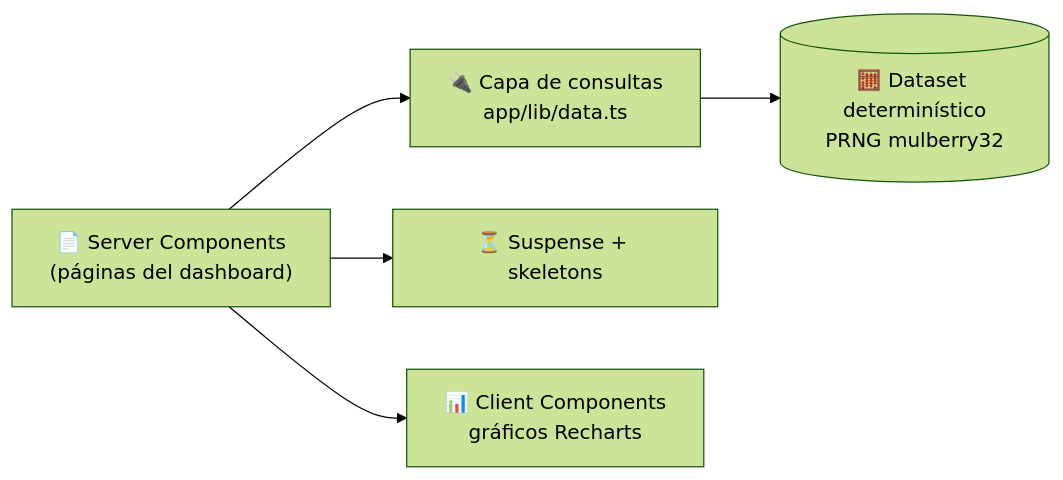
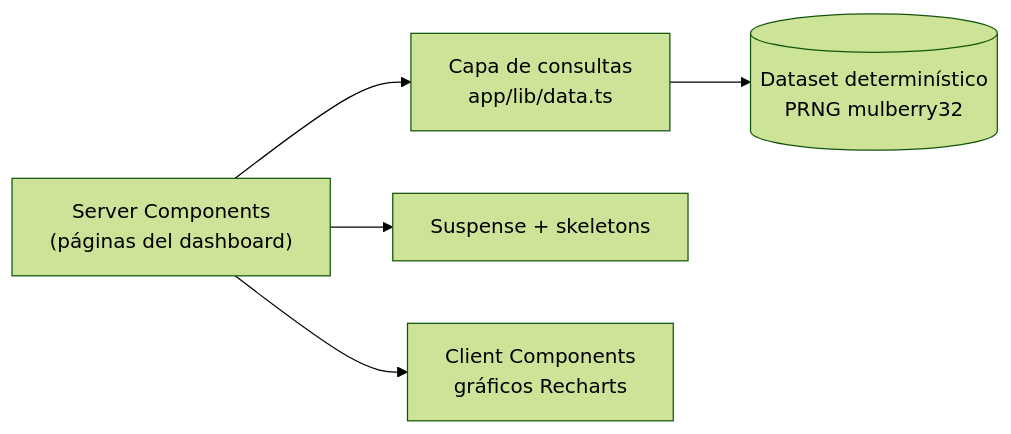
Before and after one commit to danielyatacoblas/dashboard-next: the diagram in README.md, drawn with Mermaid (forest theme). The commit also changed other lines of this file, not shown here.

````diff
--- a/README.md
+++ b/README.md
@@ -42,7 +42,7 @@
 ```mermaid
 flowchart LR
-    P["📄 Server Components<br/>(páginas del dashboard)"] --> Q["🔌 Capa de consultas<br/>app/lib/data.ts"]
-    Q --> D[("🧮 Dataset determinístico<br/>PRNG mulberry32")]
-    P --> S["⏳ Suspense + skeletons"]
-    P --> C["📊 Client Components<br/>gráficos Recharts"]
+    P["Server Components<br/>(páginas del dashboard)"] --> Q["Capa de consultas<br/>app/lib/data.ts"]
+    Q --> D[("Dataset determinístico<br/>PRNG mulberry32")]
+    P --> S["Suspense + skeletons"]
+    P --> C["Client Components<br/>gráficos Recharts"]
 ```
````
